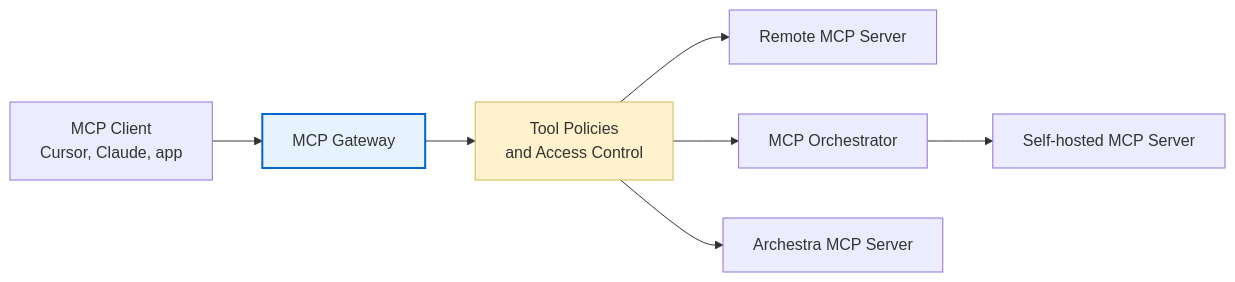
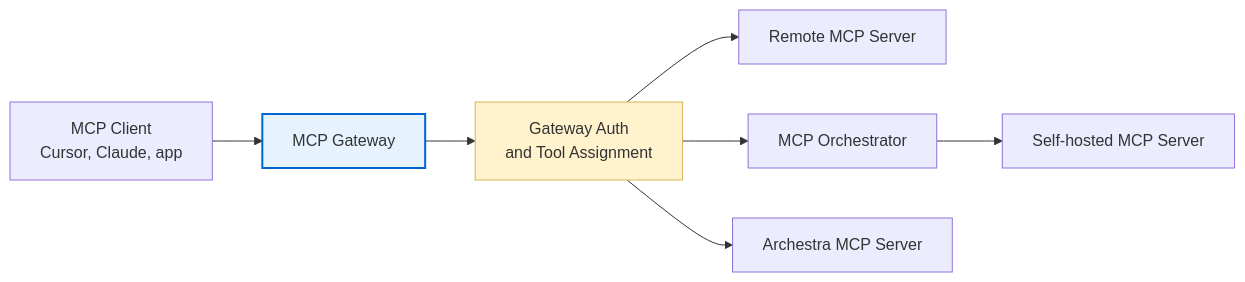
The diagram in docs/pages/platform-mcp.md (archestra-ai/archestra), drawn with Mermaid before and after one commit. The commit also changed other lines of this file, not shown here.

Commit message:
clarify mcp overview routing docs

````diff
--- a/docs/pages/platform-mcp.md
+++ b/docs/pages/platform-mcp.md
@@ -27,12 +27,12 @@
 ```mermaid
 graph LR
     Client["MCP Client<br/>Cursor, Claude, app"] --> Gateway["MCP Gateway"]
-    Gateway --> Policies["Tool Policies<br/>and Access Control"]
-    Policies --> Remote["Remote MCP Server"]
-    Policies --> Orchestrator["MCP Orchestrator"]
+    Gateway --> Auth["Gateway Auth<br/>and Tool Assignment"]
+    Auth --> Remote["Remote MCP Server"]
+    Auth --> Orchestrator["MCP Orchestrator"]
     Orchestrator --> Local["Self-hosted MCP Server"]
-    Policies --> BuiltIn["Archestra MCP Server"]
+    Auth --> BuiltIn["Archestra MCP Server"]
 
     style Gateway fill:#e6f3ff,stroke:#0066cc,stroke-width:2px
-    style Policies fill:#fff2cc,stroke:#d6b656,stroke-width:1px
+    style Auth fill:#fff2cc,stroke:#d6b656,stroke-width:1px
 ```
````
